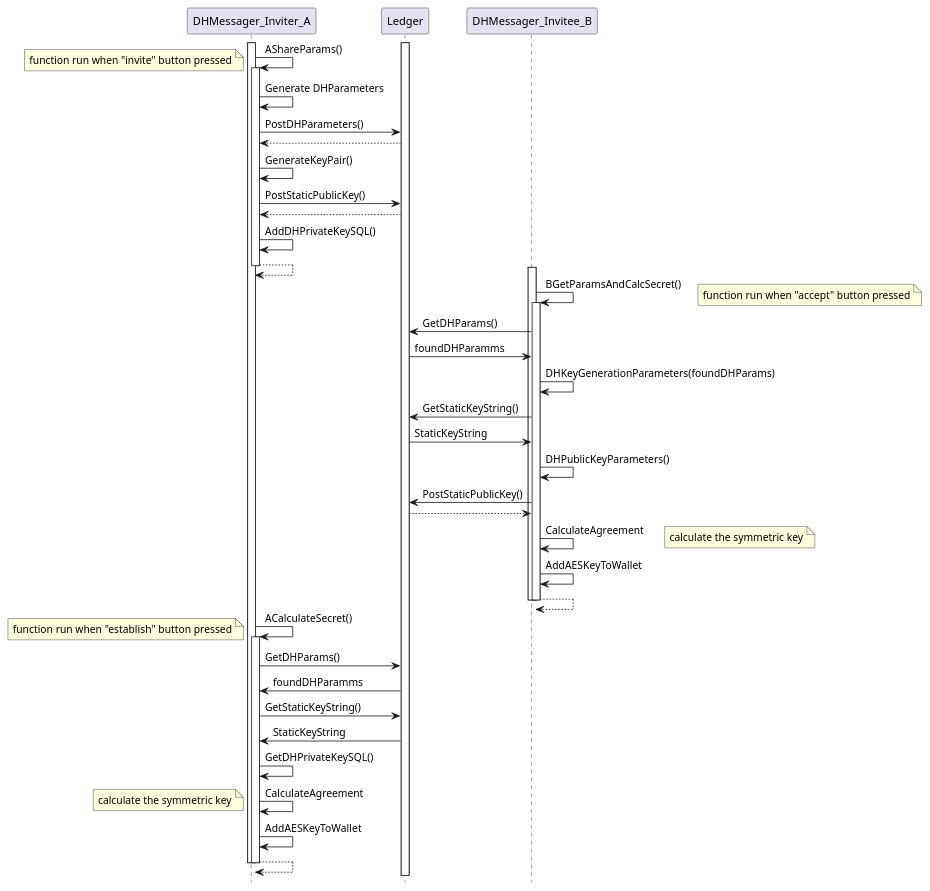
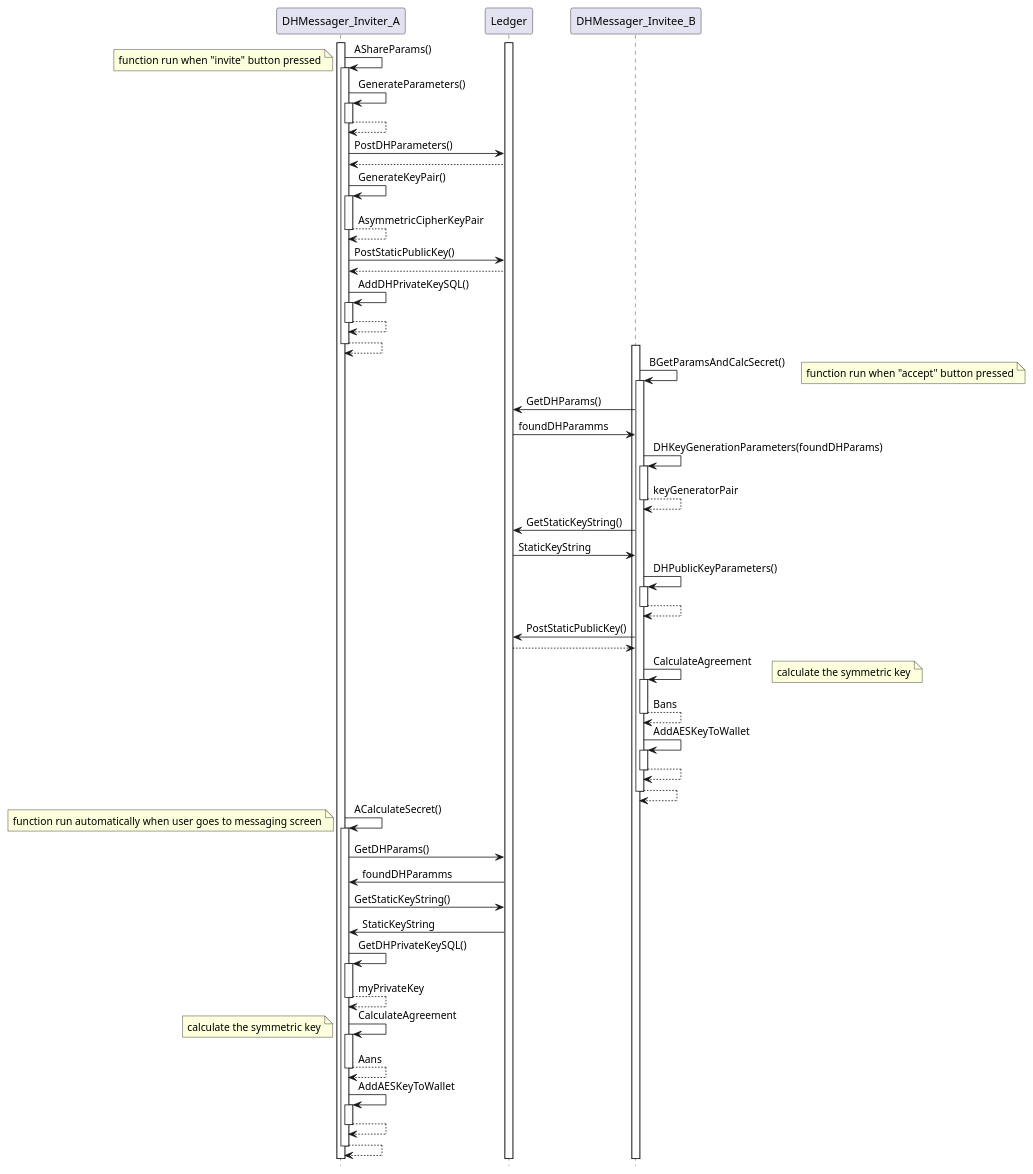
One commit to chongyongrui/Avatar-enhancement changed the diagram in docs/Sequence Diagram Code/DiffieHellmanConnectionSequenceDiagram.puml. Above: the diagram before and after it, drawn with PlantUML. The commit also changed 9 other files, not shown here.

```diff
--- a/docs/Sequence Diagram Code/DiffieHellmanConnectionSequenceDiagram.puml
+++ b/docs/Sequence Diagram Code/DiffieHellmanConnectionSequenceDiagram.puml
@@ -1,66 +1,82 @@
-@startuml 
+@startuml
 hide footbox
 
 participant DHMessager_Inviter_A
 participant Ledger
 participant DHMessager_Invitee_B
 
 
 activate Ledger
 
 
 activate DHMessager_Inviter_A
 DHMessager_Inviter_A-> DHMessager_Inviter_A: AShareParams()
 activate DHMessager_Inviter_A
 note left: function run when "invite" button pressed
-DHMessager_Inviter_A-> DHMessager_Inviter_A: Generate DHParameters
+DHMessager_Inviter_A-> DHMessager_Inviter_A: GenerateParameters()
+activate DHMessager_Inviter_A
+return
+
+
 DHMessager_Inviter_A-> Ledger: PostDHParameters()
 Ledger --> DHMessager_Inviter_A
 DHMessager_Inviter_A-> DHMessager_Inviter_A: GenerateKeyPair()
+activate DHMessager_Inviter_A
+return AsymmetricCipherKeyPair
 DHMessager_Inviter_A-> Ledger: PostStaticPublicKey()
 Ledger --> DHMessager_Inviter_A
+
 DHMessager_Inviter_A-> DHMessager_Inviter_A: AddDHPrivateKeySQL()
+activate DHMessager_Inviter_A
+return 
 return
-
 
 
 
 activate DHMessager_Invitee_B
 DHMessager_Invitee_B-> DHMessager_Invitee_B: BGetParamsAndCalcSecret()
 activate DHMessager_Invitee_B
 note right: function run when "accept" button pressed
 DHMessager_Invitee_B-> Ledger: GetDHParams()
 Ledger -> DHMessager_Invitee_B: foundDHParamms
 DHMessager_Invitee_B-> DHMessager_Invitee_B: DHKeyGenerationParameters(foundDHParams)
+activate DHMessager_Invitee_B
+return keyGeneratorPair
 DHMessager_Invitee_B-> Ledger: GetStaticKeyString()
 Ledger -> DHMessager_Invitee_B: StaticKeyString
 DHMessager_Invitee_B-> DHMessager_Invitee_B:DHPublicKeyParameters()
+activate DHMessager_Invitee_B
+return 
 DHMessager_Invitee_B-> Ledger:PostStaticPublicKey()
 Ledger --> DHMessager_Invitee_B
 DHMessager_Invitee_B-> DHMessager_Invitee_B: CalculateAgreement
 note right: calculate the symmetric key
+activate DHMessager_Invitee_B
+return Bans
 DHMessager_Invitee_B-> DHMessager_Invitee_B: AddAESKeyToWallet
+activate DHMessager_Invitee_B
+return 
 return
-deactivate DHMessager_Invitee_B
+
 
 
 DHMessager_Inviter_A-> DHMessager_Inviter_A: ACalculateSecret()
 activate DHMessager_Inviter_A
-note left: function run when "establish" button pressed
+note left: function run automatically when user goes to messaging screen
 DHMessager_Inviter_A-> Ledger: GetDHParams()
 Ledger -> DHMessager_Inviter_A: foundDHParamms
 DHMessager_Inviter_A-> Ledger: GetStaticKeyString()
 Ledger -> DHMessager_Inviter_A: StaticKeyString
 DHMessager_Inviter_A-> DHMessager_Inviter_A: GetDHPrivateKeySQL()
+activate DHMessager_Inviter_A
+return myPrivateKey
 DHMessager_Inviter_A-> DHMessager_Inviter_A: CalculateAgreement
 note left: calculate the symmetric key
+activate DHMessager_Inviter_A
+return Aans
 DHMessager_Inviter_A-> DHMessager_Inviter_A: AddAESKeyToWallet
+activate DHMessager_Inviter_A
+return 
 return
-deactivate DHMessager_Inviter_A
-
-
-
-
-
 
 @enduml
```
